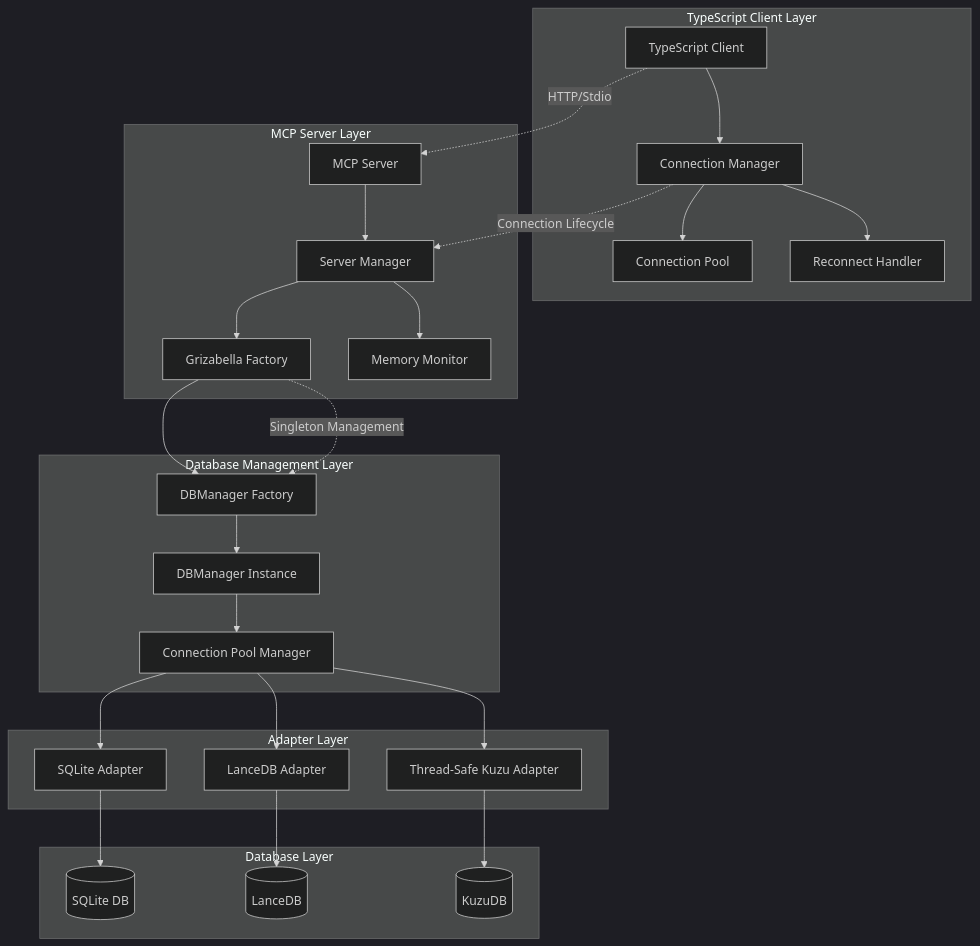
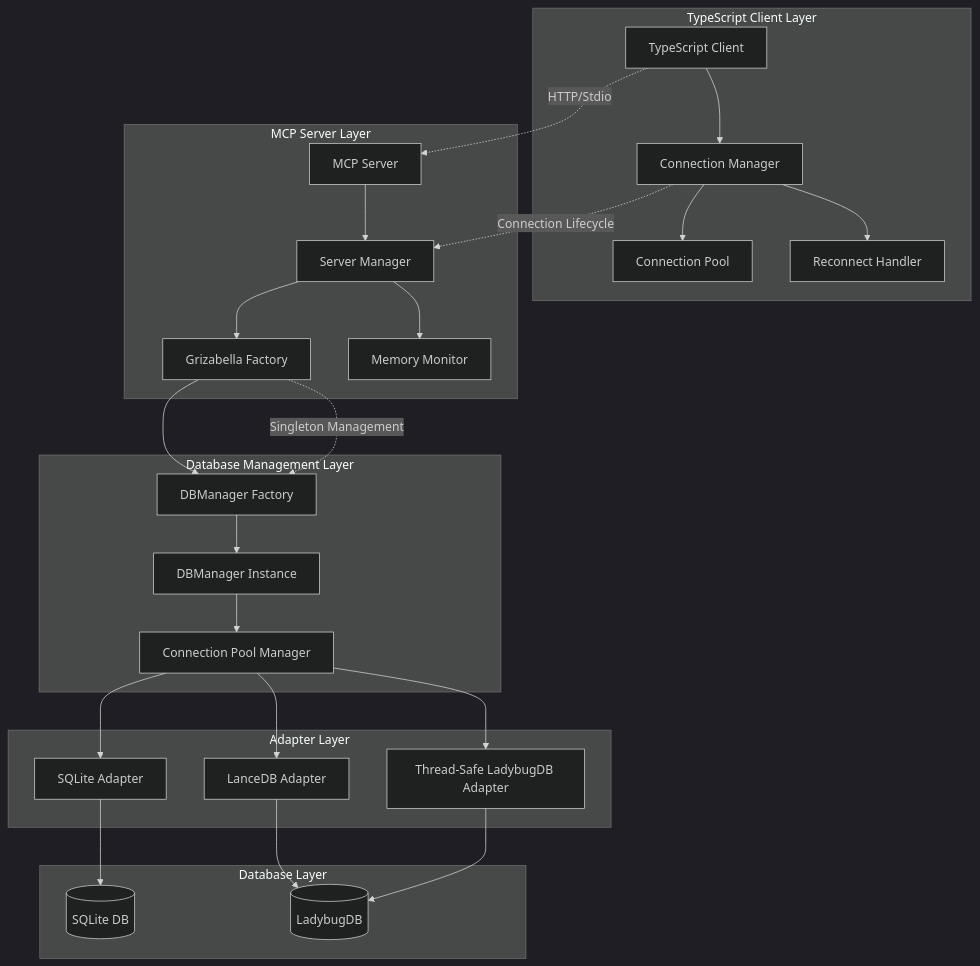
The diagram in docs/memory_leak_fix_design.md (pwilkin/grizabella), drawn with Mermaid (dark theme) before and after one commit. The commit also changed other lines of this file and 19 other files, not shown here.

Commit message:
0.5.0: migrate from abandoned Kuzu to LadybugDB

````diff
--- a/docs/memory_leak_fix_design.md
+++ b/docs/memory_leak_fix_design.md
@@ -224,36 +224,36 @@
 ```mermaid
 graph TB
     subgraph "TypeScript Client Layer"
         TC[TypeScript Client] --> CM[Connection Manager]
         CM --> CP[Connection Pool]
         CM --> RC[Reconnect Handler]
     end
     
     subgraph "MCP Server Layer"
         MS[MCP Server] --> SM[Server Manager]
         SM --> GF[Grizabella Factory]
         SM --> MM[Memory Monitor]
     end
     
     subgraph "Database Management Layer"
         GF --> DF[DBManager Factory]
         DF --> DM[DBManager Instance]
         DM --> CPM[Connection Pool Manager]
     end
     
     subgraph "Adapter Layer"
         CPM --> SA[SQLite Adapter]
         CPM --> LA[LanceDB Adapter]
-        CPM --> TKA[Thread-Safe Kuzu Adapter]
+        CPM --> TLA[Thread-Safe LadybugDB Adapter]
     end
     
     subgraph "Database Layer"
         SA --> DB[(SQLite DB)]
         LA --> LD[(LanceDB)]
-        TKA --> KD[(KuzuDB)]
+        TLA --> LD[(LadybugDB)]
     end
     
     TC -.->|HTTP/Stdio| MS
     CM -.->|Connection Lifecycle| SM
     GF -.->|Singleton Management| DF
 ```
````
